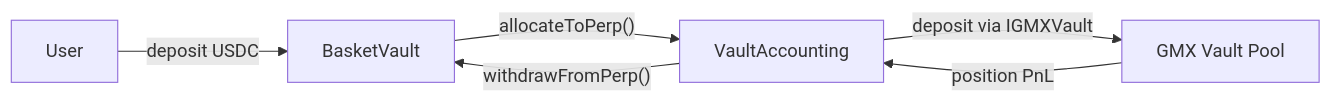
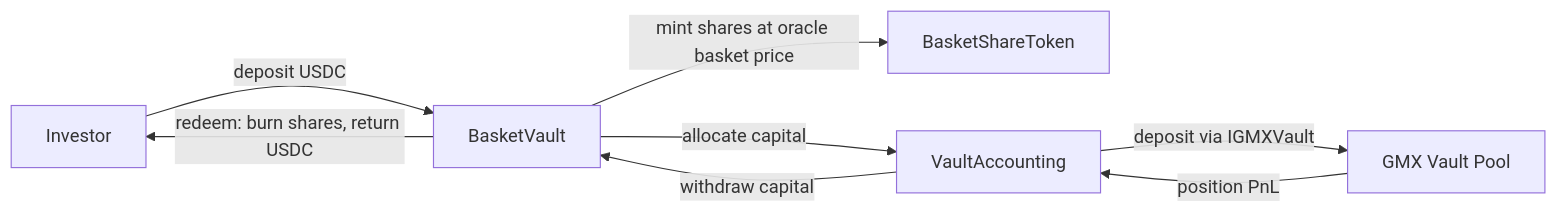
The second of 2 diagrams in .cursor/plans/perp_infrastructure_fork_8526c21f.plan.md (reubenr0d/indexflow-prototype), drawn with Mermaid before and after one commit. The commit also changed other lines of this file, not shown here.

````diff
--- a/.cursor/plans/perp_infrastructure_fork_8526c21f.plan.md
+++ b/.cursor/plans/perp_infrastructure_fork_8526c21f.plan.md
@@ -194,8 +190,10 @@
 ```mermaid
 graph LR
-    User -->|"deposit USDC"| BV[BasketVault]
-    BV -->|"allocateToPerp()"| VA[VaultAccounting]
+    INV[Investor] -->|"deposit USDC"| BV[BasketVault]
+    BV -->|"mint shares at oracle basket price"| BST[BasketShareToken]
+    BV -->|"allocate capital"| VA[VaultAccounting]
     VA -->|"deposit via IGMXVault"| GV[GMX Vault Pool]
     GV -->|"position PnL"| VA
-    VA -->|"withdrawFromPerp()"| BV
+    VA -->|"withdraw capital"| BV
+    BV -->|"redeem: burn shares, return USDC"| INV
 ```
````
